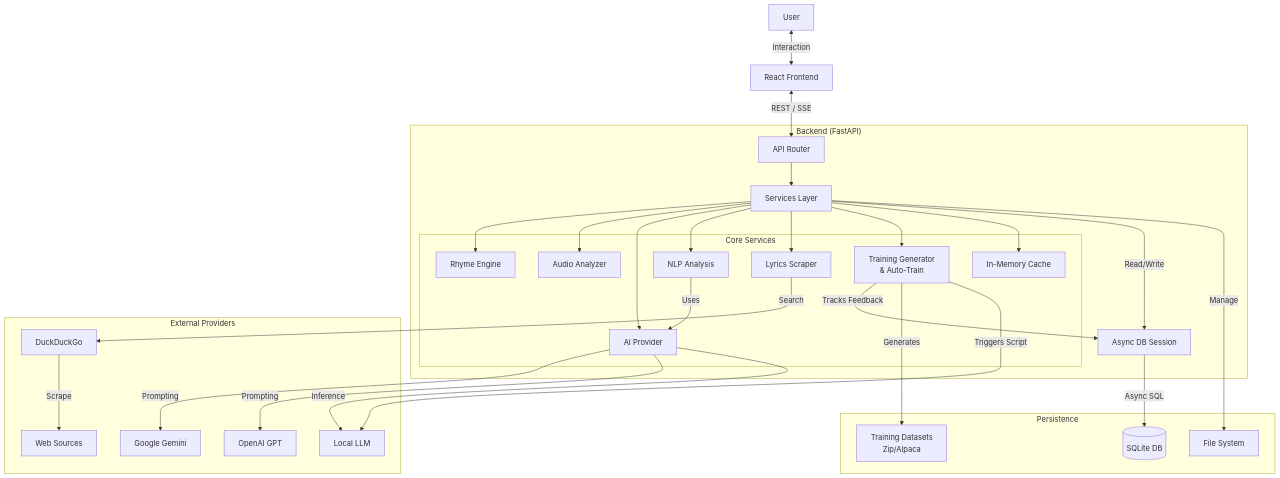
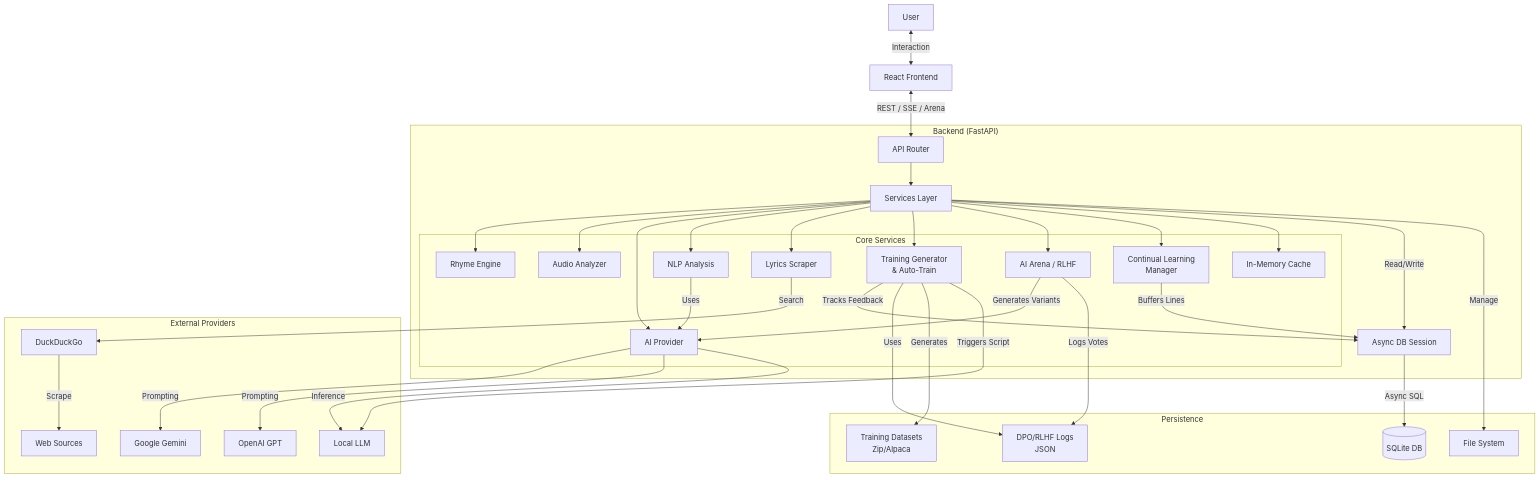
Before and after one commit to ChiragNSundar/VibeLyrics: the diagram in README.md, drawn with Mermaid. The commit also changed other lines of this file and 8 other files, not shown here.

````diff
--- a/README.md
+++ b/README.md
@@ -114,63 +120,72 @@
 ```mermaid
 graph TD
     Client[React Frontend]
     User[User]
     
     subgraph "Backend (FastAPI)"
         API[API Router]
         Services[Services Layer]
         DB_Layer[Async DB Session]
         
         subgraph "Core Services"
             Rhyme[Rhyme Engine]
             Audio[Audio Analyzer]
             AI_Service[AI Provider]
             NLP[NLP Analysis]
             Scraper[Lyrics Scraper]
             Training[Training Generator\n& Auto-Train]
+            Arena[AI Arena / RLHF]
+            Continual[Continual Learning\nManager]
             Cache[In-Memory Cache]
         end
     end
     
     subgraph "External Providers"
         Gemini[Google Gemini]
         OpenAI[OpenAI GPT]
         LMStudio[Local LLM]
         Duck[DuckDuckGo]
         Web[Web Sources]
     end
     
     subgraph "Persistence"
         SQLite[(SQLite DB)]
         Files[File System]
         Export[Training Datasets\nZip/Alpaca]
+        Feedback[DPO/RLHF Logs\nJSON]
     end
 
     User <-->|Interaction| Client
-    Client <-->|REST / SSE| API
+    Client <-->|REST / SSE / Arena| API
     
     API --> Services
     
     Services --> Rhyme
     Services --> Audio
     Services --> AI_Service
     Services --> NLP
     Services --> Scraper
     Services --> Training
+    Services --> Arena
+    Services --> Continual
     Services --> Cache
     
     NLP -->|Uses| AI_Service
+    Arena -->|Generates Variants| AI_Service
+    Arena -->|Logs Votes| Feedback
+    Continual -->|Buffers Lines| DB_Layer
     Training -->|Tracks Feedback| DB_Layer
+    Training -->|Uses| Feedback
     Training -->|Generates| Export
     Training -->|Triggers Script| LMStudio
     
     AI_Service -->|Prompting| Gemini
     AI_Service -->|Prompting| OpenAI
     AI_Service -->|Inference| LMStudio
     Scraper -->|Search| Duck
     Duck -->|Scrape| Web
     
     Services -->|Read/Write| DB_Layer
     DB_Layer -->|Async SQL| SQLite
     Services -->|Manage| Files
 ```
````
